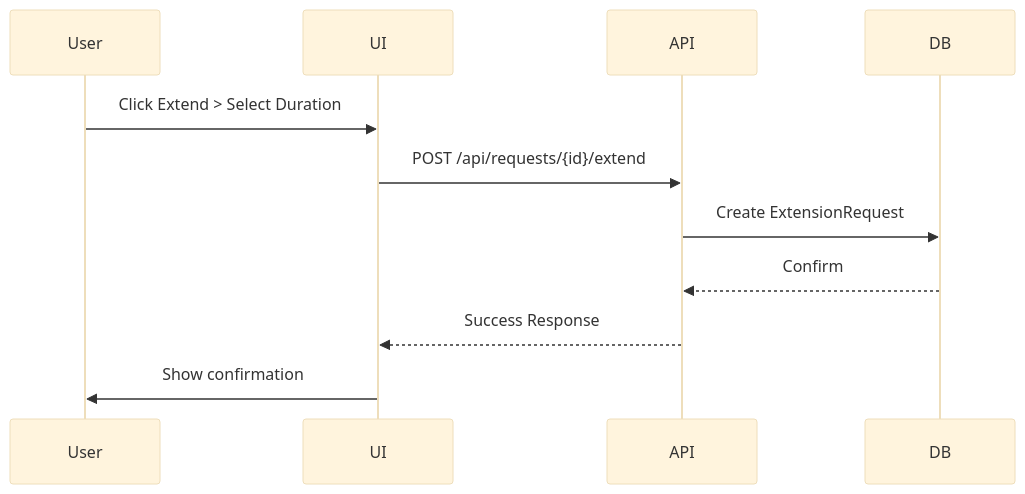
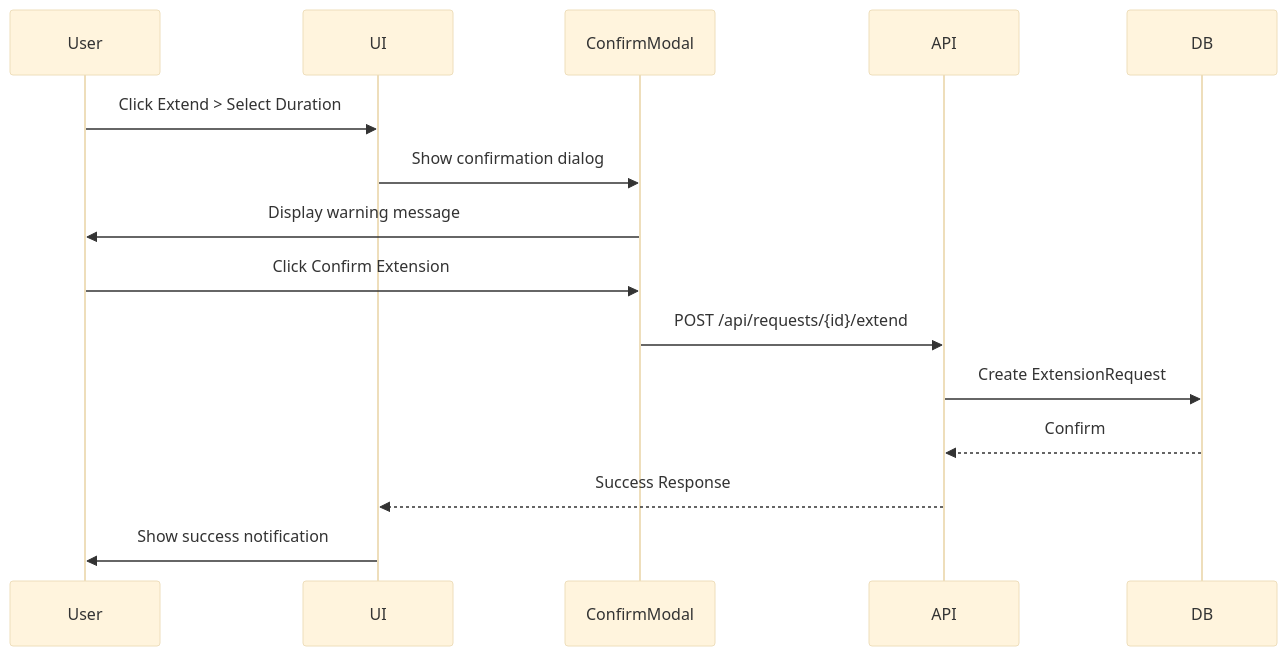
The fourth of 6 diagrams in docs/user-guide.md (redhat-openshift-partner-labs/portal), drawn with Mermaid (base theme) before and after one commit. The commit also changed other lines of this file and 6 other files, not shown here.

````diff
--- a/docs/user-guide.md
+++ b/docs/user-guide.md
@@ -180,14 +183,18 @@
 ```mermaid
 sequenceDiagram
     participant User
     participant UI
+    participant ConfirmModal
     participant API
     participant DB
 
     User->>UI: Click Extend > Select Duration
-    UI->>API: POST /api/requests/{id}/extend
+    UI->>ConfirmModal: Show confirmation dialog
+    ConfirmModal->>User: Display warning message
+    User->>ConfirmModal: Click Confirm Extension
+    ConfirmModal->>API: POST /api/requests/{id}/extend
     API->>DB: Create ExtensionRequest
     DB-->>API: Confirm
     API-->>UI: Success Response
-    UI->>User: Show confirmation
+    UI->>User: Show success notification
 ```
````
